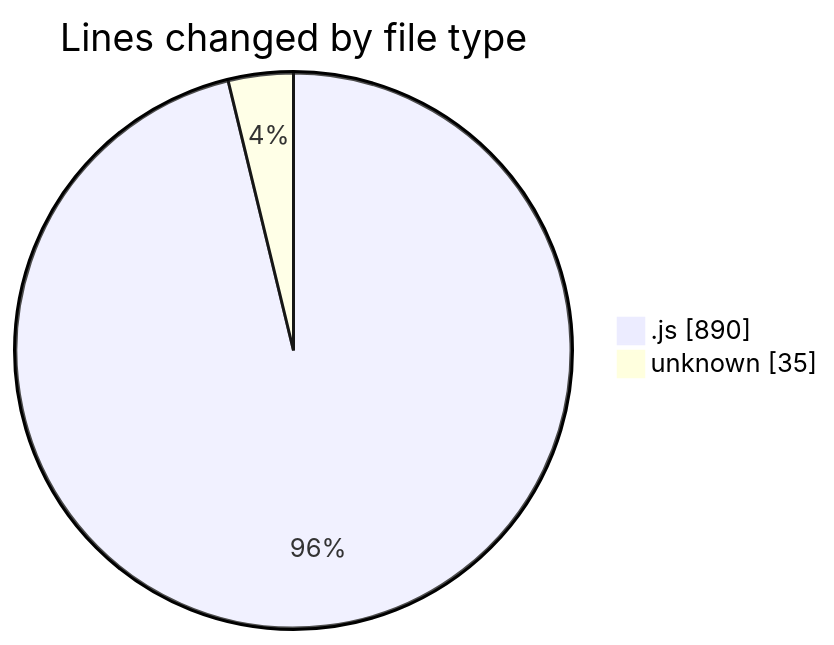
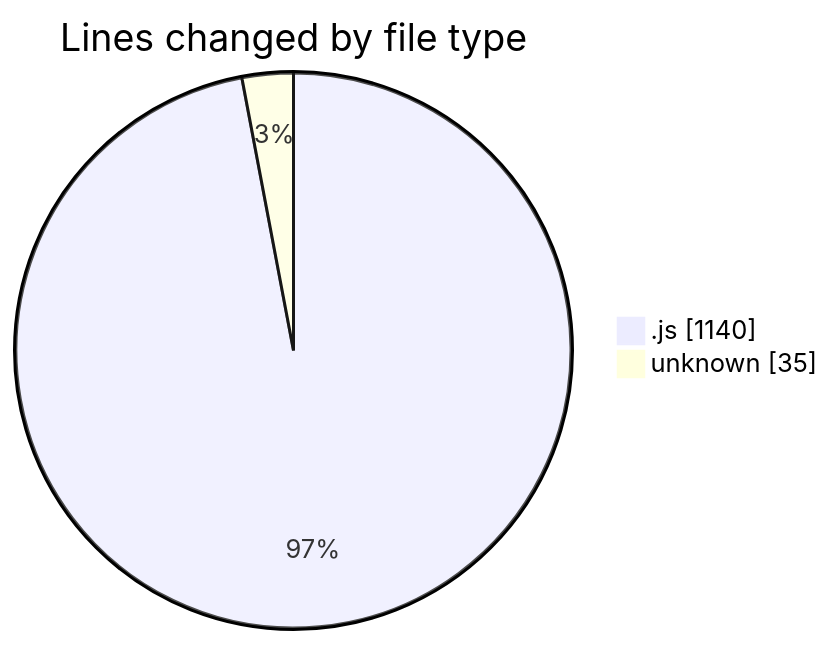
The first of 2 diagrams in 2025-08-06/napxuvn/README.md (lephambinh05/code-tracking), drawn with Mermaid before and after one commit. The commit also changed other lines of this file and 1 other file, not shown here.

````diff
--- a/2025-08-06/napxuvn/README.md
+++ b/2025-08-06/napxuvn/README.md
@@ -24,6 +27,6 @@
 ```mermaid
 pie showData
 title Lines changed by file type
-".js" : 890
+".js" : 1140
 "unknown" : 35
 ```
````
